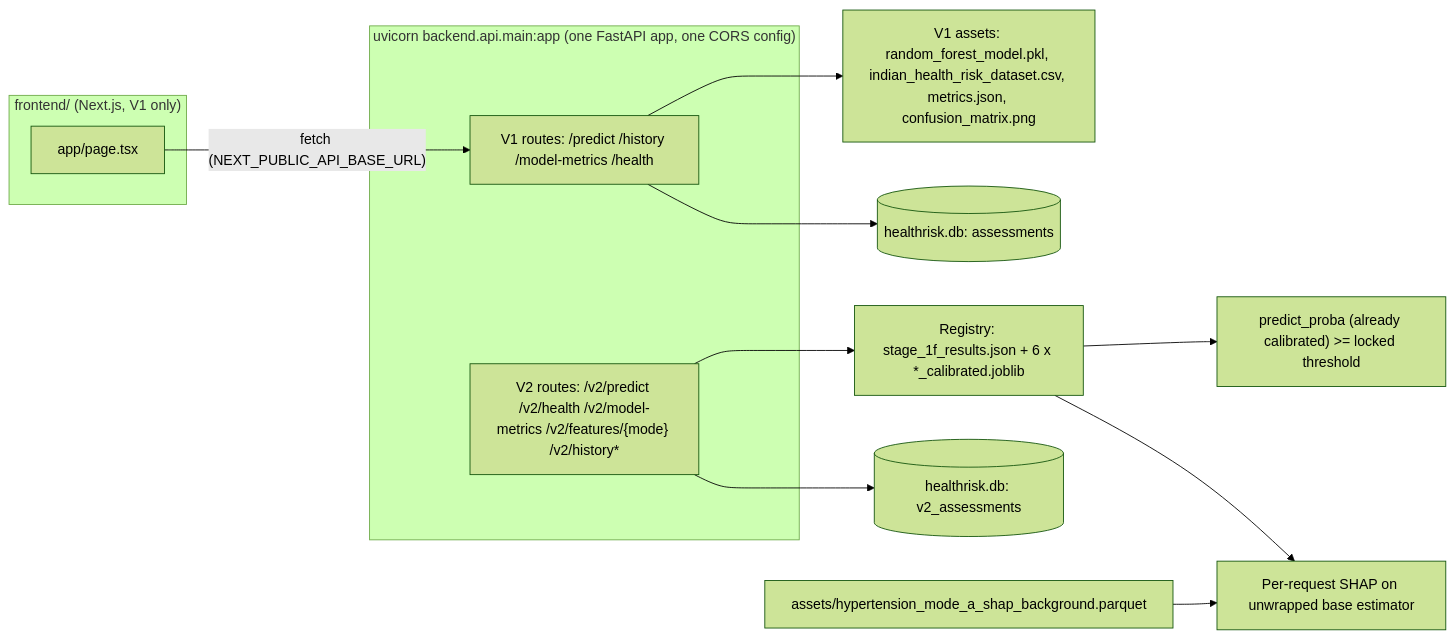
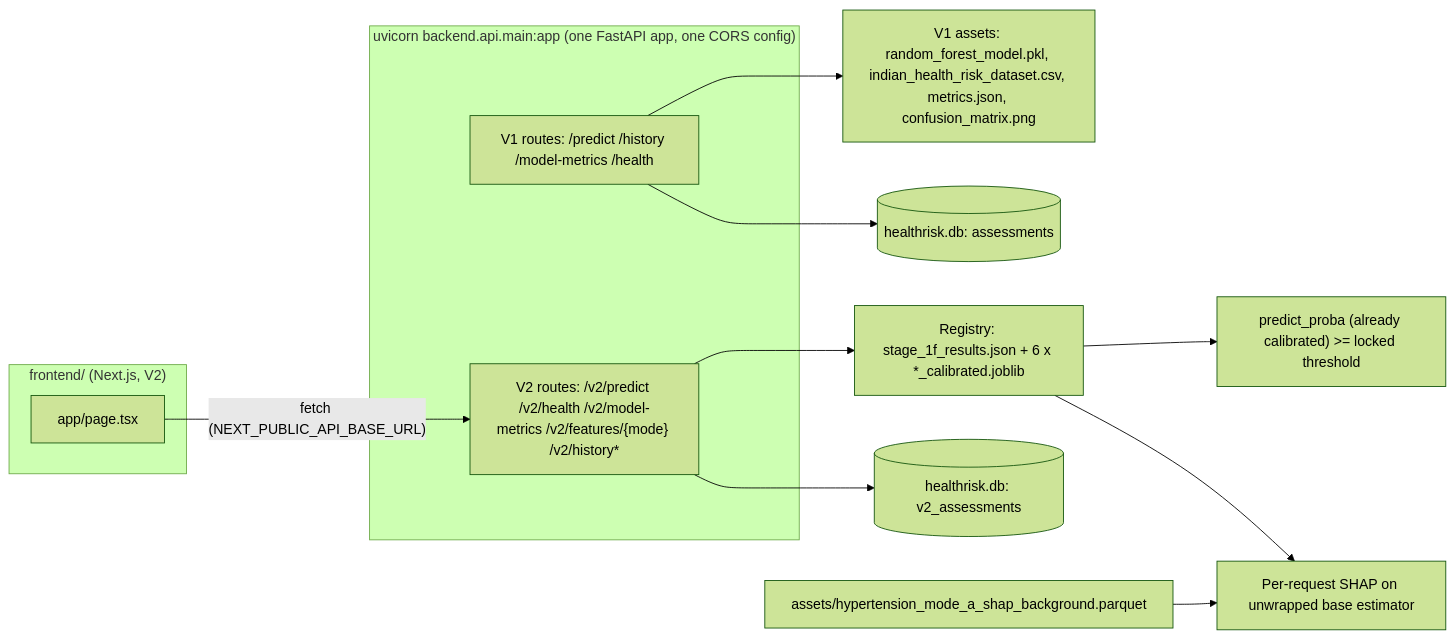
The diagram in docs/architecture.md (nmit-1NT23CS201/AI-Health-Risk-Scoring-System), drawn with Mermaid (forest theme) before and after one commit. The commit also changed other lines of this file and 23 other files, not shown here.

Commit message:
Phase 3: V2 Next.js frontend (Assessment, History, Model Performance) and doc sync

````diff
--- a/docs/architecture.md
+++ b/docs/architecture.md
@@ -84,18 +84,18 @@
 ```mermaid
 flowchart LR
-    subgraph FE["frontend/ (Next.js, V1 only)"]
+    subgraph FE["frontend/ (Next.js, V2)"]
         P["app/page.tsx"]
     end
     subgraph APP["uvicorn backend.api.main:app (one FastAPI app, one CORS config)"]
         V1["V1 routes: /predict /history /model-metrics /health"]
         V2["V2 routes: /v2/predict /v2/health /v2/model-metrics /v2/features/{mode} /v2/history*"]
     end
-    P -- "fetch (NEXT_PUBLIC_API_BASE_URL)" --> V1
+    P -- "fetch (NEXT_PUBLIC_API_BASE_URL)" --> V2
     V1 --> V1A["V1 assets: random_forest_model.pkl, indian_health_risk_dataset.csv, metrics.json, confusion_matrix.png"]
     V1 --> DB[("healthrisk.db: assessments")]
     V2 --> REG["Registry: stage_1f_results.json + 6 x *_calibrated.joblib"]
     REG --> PRED["predict_proba (already calibrated) >= locked threshold"]
     REG --> SHAP["Per-request SHAP on unwrapped base estimator"]
     V2 --> DB2[("healthrisk.db: v2_assessments")]
     BG["assets/hypertension_mode_a_shap_background.parquet"] --> SHAP
 ```
````
